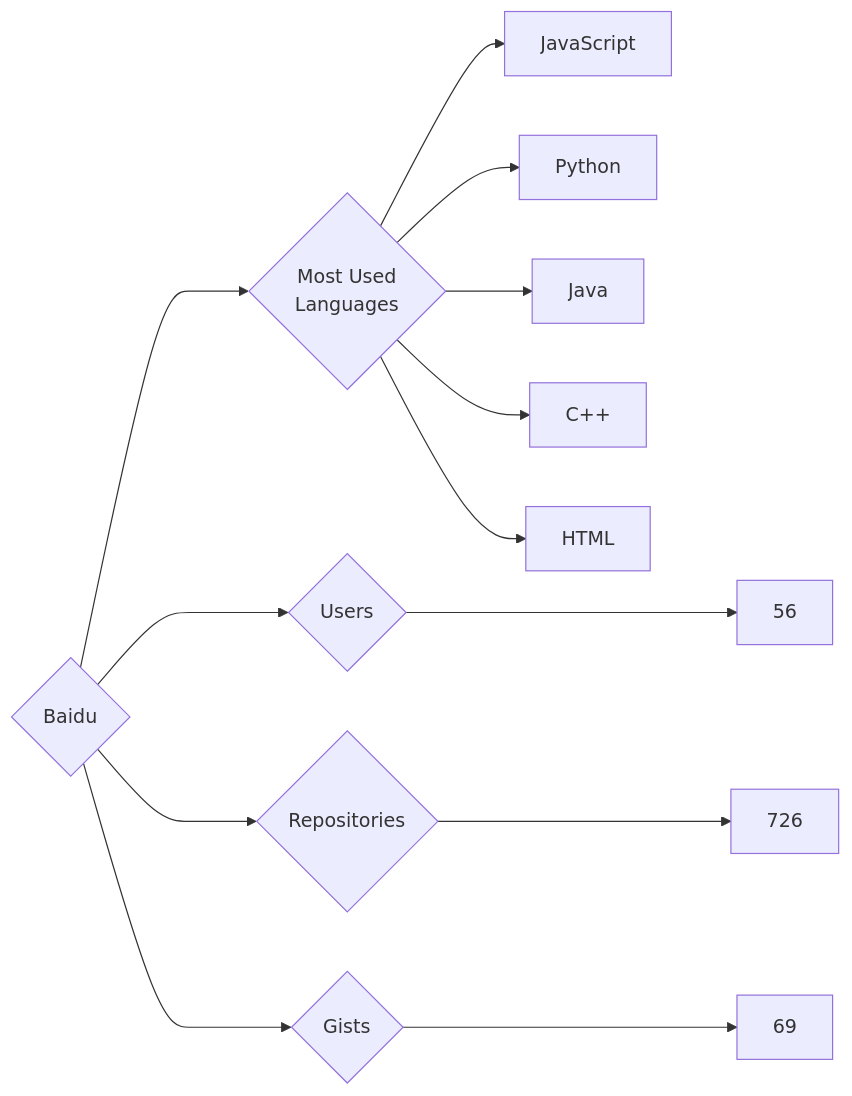
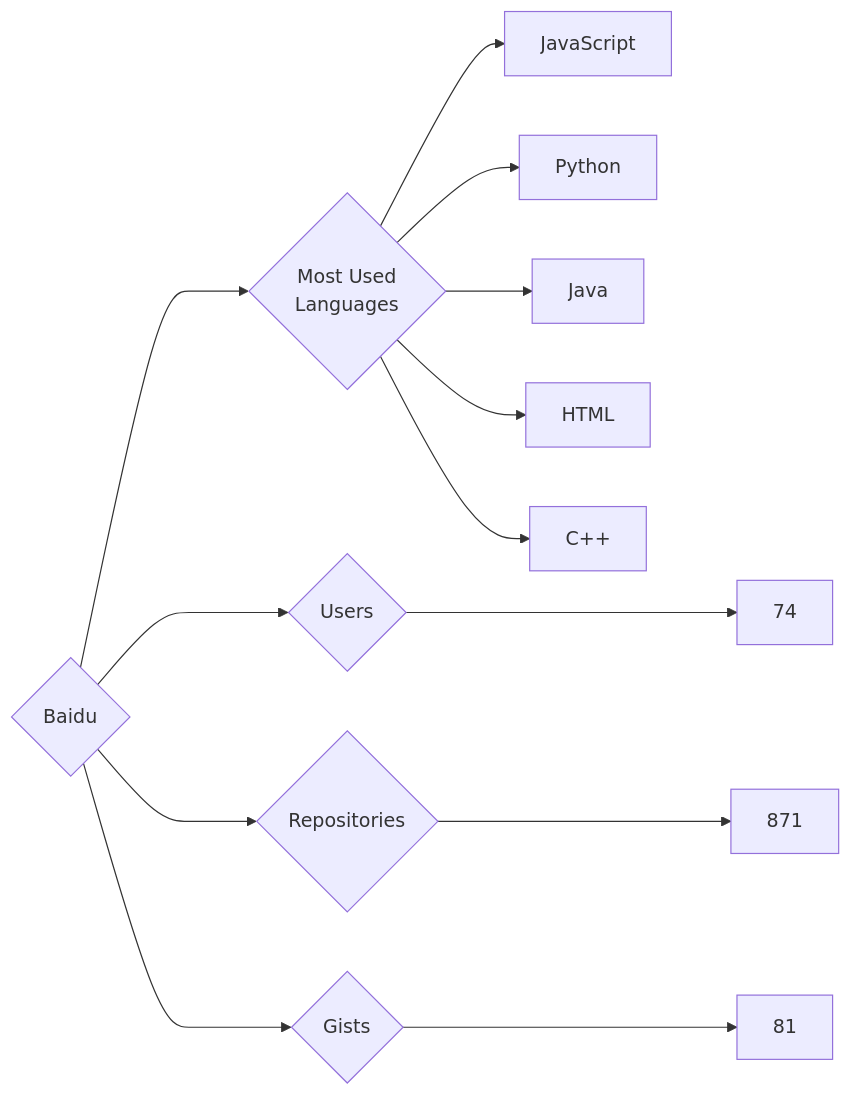
One commit to trickest/insiders changed the diagram in targets/Baidu/README.md. Above: the diagram before and after it, drawn with Mermaid. The commit also changed 973 other files, not shown here.

````diff
--- a/targets/Baidu/README.md
+++ b/targets/Baidu/README.md
@@ -3,13 +3,13 @@
 ```mermaid
 graph LR
 COMPANY_NAME{Baidu}
-COMPANY_NAME ---> U{Users} ---> UN[56]
-COMPANY_NAME ---> R{Repositories} ---> RN[726]
-COMPANY_NAME ---> G{Gists} ---> GN[69]
+COMPANY_NAME ---> U{Users} ---> UN[74]
+COMPANY_NAME ---> R{Repositories} ---> RN[871]
+COMPANY_NAME ---> G{Gists} ---> GN[81]
 COMPANY_NAME ---> ML{Most Used<br>Languages}
 ML --> JavaScript[JavaScript]
 ML --> Python[Python]
 ML --> Java[Java]
+ML --> HTML[HTML]
 ML --> C++[C++]
-ML --> HTML[HTML]
 ```
````
